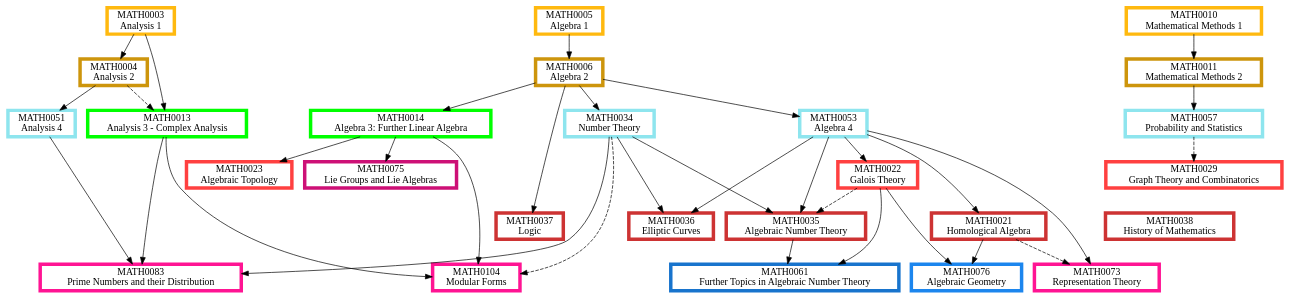
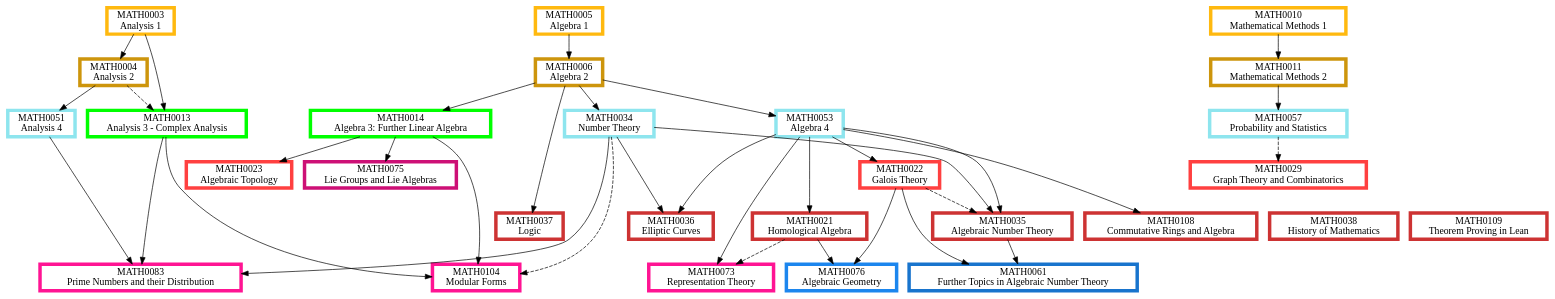
Before and after one commit to matthew-towers/pathways: the diagram in Algebra.dot, drawn with Graphviz. The commit also changed 12 other files, not shown here.

```diff
--- a/Algebra.dot
+++ b/Algebra.dot
@@ -1,118 +1,123 @@
 digraph {
 	node [fillcolor=white penwidth=5 shape=box style="filled,bold"]
 	subgraph "1.0 1" {
 		rank=same
-		MATH0005 [label="MATH0005
-Algebra 1" color=darkgoldenrod1 href="https://www.ucl.ac.uk/maths/sites/maths/files/math0005.pdf" tooltip="Year 1, term 1"]
 		MATH0003 [label="MATH0003
 Analysis 1" color=darkgoldenrod1 href="https://www.ucl.ac.uk/maths/sites/maths/files/math0003.pdf" tooltip="Year 1, term 1"]
 		MATH0010 [label="MATH0010
 Mathematical Methods 1" color=darkgoldenrod1 href="https://www.ucl.ac.uk/maths/sites/maths/files/math0010.pdf" tooltip="Year 1, term 1"]
+		MATH0005 [label="MATH0005
+Algebra 1" color=darkgoldenrod1 href="https://www.ucl.ac.uk/maths/sites/maths/files/math0005.pdf" tooltip="Year 1, term 1"]
 	}
-	MATH0005 -> MATH0006
 	MATH0010 -> MATH0011
 	MATH0003 -> MATH0004
+	MATH0005 -> MATH0006
 	subgraph "1.0 2" {
 		rank=same
-		MATH0006 [label="MATH0006
-Algebra 2" color=darkgoldenrod3 href="https://www.ucl.ac.uk/maths/sites/maths/files/math0006.pdf" tooltip="Year 1, term 2"]
 		MATH0011 [label="MATH0011
 Mathematical Methods 2" color=darkgoldenrod3 href="https://www.ucl.ac.uk/maths/sites/maths/files/math0011_2.pdf" tooltip="Year 1, term 2"]
 		MATH0004 [label="MATH0004
 Analysis 2" color=darkgoldenrod3 href="https://www.ucl.ac.uk/maths/sites/maths/files/math0004.pdf" tooltip="Year 1, term 2"]
+		MATH0006 [label="MATH0006
+Algebra 2" color=darkgoldenrod3 href="https://www.ucl.ac.uk/maths/sites/maths/files/math0006.pdf" tooltip="Year 1, term 2"]
 	}
 	MATH0006 -> MATH0014
 	MATH0003 -> MATH0013
 	MATH0004 -> MATH0013 [style=dashed]
 	subgraph "2.0 1" {
 		rank=same
 		MATH0014 [label="MATH0014
 Algebra 3: Further Linear Algebra" color=green1 href="https://www.ucl.ac.uk/maths/sites/maths/files/math0014.pdf" tooltip="Year 2, term 1"]
 		MATH0013 [label="MATH0013
 Analysis 3 - Complex Analysis" color=green1 href="https://www.ucl.ac.uk/maths/sites/maths/files/math0013.pdf" tooltip="Year 2, term 1"]
 	}
+	MATH0006 -> MATH0034
+	MATH0004 -> MATH0051
 	MATH0006 -> MATH0053
 	MATH0011 -> MATH0057
-	MATH0006 -> MATH0034
-	MATH0004 -> MATH0051
 	subgraph "2.5 2" {
 		rank=same
+		MATH0034 [label="MATH0034
+Number Theory" color=cadetblue2 href="https://www.ucl.ac.uk/maths/sites/maths/files/math0034.pdf" tooltip="Year 2 or 3, term 2"]
+		MATH0051 [label="MATH0051
+Analysis 4" color=cadetblue2 href="https://www.ucl.ac.uk/maths/sites/maths/files/math0051.pdf" tooltip="Year 2 or 3, term 2"]
 		MATH0053 [label="MATH0053
 Algebra 4" color=cadetblue2 href="https://www.ucl.ac.uk/maths/sites/maths/files/math0053.pdf" tooltip="Year 2 or 3, term 2"]
 		MATH0057 [label="MATH0057
 Probability and Statistics" color=cadetblue2 href="https://www.ucl.ac.uk/maths/sites/maths/files/math0057.pdf" tooltip="Year 2 or 3, term 2"]
-		MATH0034 [label="MATH0034
-Number Theory" color=cadetblue2 href="https://www.ucl.ac.uk/maths/sites/maths/files/math0034.pdf" tooltip="Year 2 or 3, term 2"]
-		MATH0051 [label="MATH0051
-Analysis 4" color=cadetblue2 href="https://www.ucl.ac.uk/maths/sites/maths/files/math0051.pdf" tooltip="Year 2 or 3, term 2"]
 	}
+	MATH0057 -> MATH0029 [style=dashed]
 	MATH0014 -> MATH0023
-	MATH0057 -> MATH0029 [style=dashed]
 	MATH0053 -> MATH0022
 	subgraph "3.0 1" {
 		rank=same
+		MATH0029 [label="MATH0029
+Graph Theory and Combinatorics" color=brown1 href="https://www.ucl.ac.uk/maths/sites/maths/files/math0029.pdf" tooltip="Year 3, term 1"]
 		MATH0023 [label="MATH0023
 Algebraic Topology" color=brown1 href="https://www.ucl.ac.uk/maths/sites/maths/files/math0023_1.pdf" tooltip="Year 3, term 1"]
-		MATH0029 [label="MATH0029
-Graph Theory and Combinatorics" color=brown1 href="https://www.ucl.ac.uk/maths/sites/maths/files/math0029.pdf" tooltip="Year 3, term 1"]
 		MATH0022 [label="MATH0022
 Galois Theory" color=brown1 href="https://www.ucl.ac.uk/maths/sites/maths/files/math0022.pdf" tooltip="Year 3, term 1"]
 	}
+	MATH0053 -> MATH0021
+	MATH0053 -> MATH0108
 	MATH0006 -> MATH0037
-	MATH0034 -> MATH0036
-	MATH0053 -> MATH0036
-	MATH0053 -> MATH0021
 	MATH0034 -> MATH0035
 	MATH0053 -> MATH0035
 	MATH0022 -> MATH0035 [style=dashed]
+	MATH0034 -> MATH0036
+	MATH0053 -> MATH0036
 	subgraph "3.0 2" {
 		rank=same
+		MATH0021 [label="MATH0021
+Homological Algebra" color=brown3 href="https://www.ucl.ac.uk/maths/sites/maths/files/math0021.pdf" tooltip="Year 3, term 2"]
 		MATH0038 [label="MATH0038
 History of Mathematics" color=brown3 href="https://www.ucl.ac.uk/maths/sites/maths/files/math0038.pdf" tooltip="Year 3, term 2"]
+		MATH0108 [label="MATH0108
+Commutative Rings and Algebra" color=brown3 href="https://www.ucl.ac.uk/maths/sites/maths/files/0108_0.pdf" tooltip="Year 3, term 2"]
 		MATH0037 [label="MATH0037
 Logic" color=brown3 href="https://www.ucl.ac.uk/maths/sites/maths/files/math0037.pdf" tooltip="Year 3, term 2"]
+		MATH0035 [label="MATH0035
+Algebraic Number Theory" color=brown3 href="https://www.ucl.ac.uk/maths/sites/maths/files/math0035.pdf" tooltip="Year 3, term 2"]
+		MATH0109 [label="MATH0109
+Theorem Proving in Lean" color=brown3 href="https://www.ucl.ac.uk/maths/sites/maths/files/math0019_2.pdf" tooltip="Year 3, term 2"]
 		MATH0036 [label="MATH0036
 Elliptic Curves" color=brown3 href="https://www.ucl.ac.uk/maths/sites/maths/files/math0036.pdf" tooltip="Year 3, term 2"]
-		MATH0021 [label="MATH0021
-Homological Algebra" color=brown3 href="https://www.ucl.ac.uk/maths/sites/maths/files/math0021.pdf" tooltip="Year 3, term 2"]
-		MATH0035 [label="MATH0035
-Algebraic Number Theory" color=brown3 href="https://www.ucl.ac.uk/maths/sites/maths/files/math0035.pdf" tooltip="Year 3, term 2"]
 	}
-	MATH0053 -> MATH0073
-	MATH0021 -> MATH0073 [style=dashed]
 	MATH0013 -> MATH0083
 	MATH0051 -> MATH0083
 	MATH0034 -> MATH0083
 	MATH0013 -> MATH0104
 	MATH0014 -> MATH0104
 	MATH0034 -> MATH0104 [style=dashed]
+	MATH0053 -> MATH0073
+	MATH0021 -> MATH0073 [style=dashed]
 	subgraph "3.5 1" {
 		rank=same
-		MATH0073 [label="MATH0073
-Representation Theory" color=deeppink1 href="https://www.ucl.ac.uk/maths/sites/maths/files/math0073.pdf" tooltip="Year 3 or 4, term 1"]
 		MATH0083 [label="MATH0083
 Prime Numbers and their Distribution" color=deeppink1 href="https://www.ucl.ac.uk/maths/sites/maths/files/math0083.pdf" tooltip="Year 3 or 4, term 1"]
 		MATH0104 [label="MATH0104
 Modular Forms" color=deeppink1 href="https://www.ucl.ac.uk/maths/sites/maths/files/math0104_2.pdf" tooltip="Year 3 or 4, term 1"]
+		MATH0073 [label="MATH0073
+Representation Theory" color=deeppink1 href="https://www.ucl.ac.uk/maths/sites/maths/files/math0073.pdf" tooltip="Year 3 or 4, term 1"]
 	}
 	MATH0014 -> MATH0075
 	subgraph "3.5 2" {
 		rank=same
 		MATH0075 [label="MATH0075
 Lie Groups and Lie Algebras" color=deeppink3 href="https://www.ucl.ac.uk/maths/sites/maths/files/math0075_3.pdf" tooltip="Year 3 or 4, term 2"]
 	}
 	MATH0021 -> MATH0076
 	MATH0022 -> MATH0076
 	subgraph "4.0 1" {
 		rank=same
 		MATH0076 [label="MATH0076
 Algebraic Geometry" color=dodgerblue2 href="https://www.ucl.ac.uk/maths/sites/maths/files/math0076_3.pdf" tooltip="Year 4, term 1"]
 	}
 	MATH0035 -> MATH0061
 	MATH0022 -> MATH0061
 	subgraph "4 2" {
 		rank=same
 		MATH0061 [label="MATH0061
 Further Topics in Algebraic Number Theory" color=dodgerblue3 href="https://www.ucl.ac.uk/maths/sites/maths/files/math0061_0.pdf" tooltip="Year 4, term 2"]
 	}
 }
```
